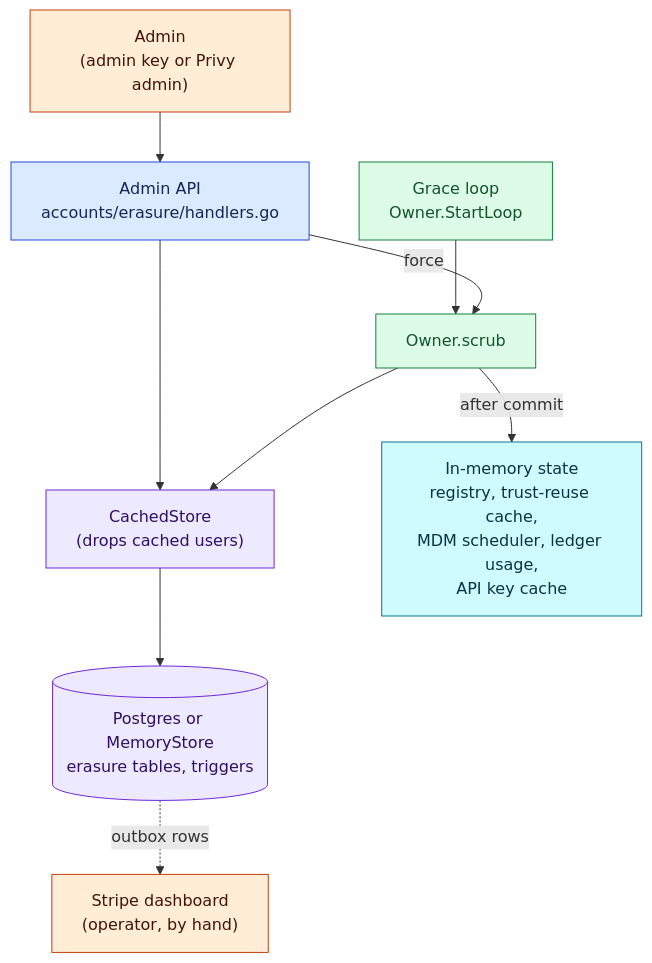
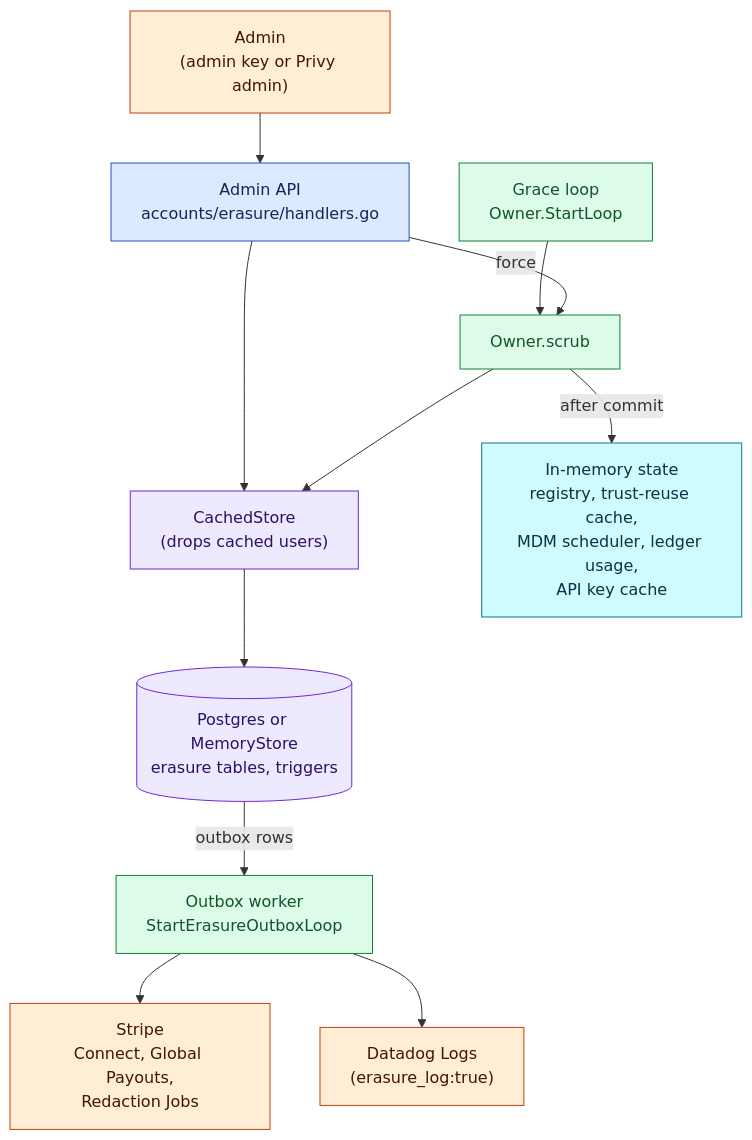
The first of 4 diagrams in docs/architecture/account-erasure.md (Layr-Labs/d-inference), drawn with Mermaid before and after one commit. The commit also changed other lines of this file and 45 other files, not shown here.

First line of the commit message:
Deliver the account erasure outbox to Stripe and Datadog (#1333)

````diff
--- a/docs/architecture/account-erasure.md
+++ b/docs/architecture/account-erasure.md
@@ -39,17 +39,19 @@
 ```mermaid
 flowchart TB
   classDef api fill:#dbeafe,stroke:#1d4ed8,color:#172554
   classDef loop fill:#dcfce7,stroke:#15803d,color:#14532d
   classDef store fill:#ede9fe,stroke:#6d28d9,color:#2e1065
   classDef mem fill:#cffafe,stroke:#0e7490,color:#083344
   classDef ext fill:#ffedd5,stroke:#c2410c,color:#431407
 
   A["Admin<br/>(admin key or Privy admin)"]:::ext --> H["Admin API<br/>accounts/erasure/handlers.go"]:::api
   L["Grace loop<br/>Owner.StartLoop"]:::loop --> X["Owner.scrub"]:::loop
   H -- "force" --> X
   H --> C["CachedStore<br/>(drops cached users)"]:::store
   X --> C
   X -- "after commit" --> M["In-memory state<br/>registry, trust-reuse cache,<br/>MDM scheduler, ledger usage,<br/>API key cache"]:::mem
   C --> DB[("Postgres or MemoryStore<br/>erasure tables, triggers")]:::store
-  DB -. "outbox rows" .-> S["Stripe dashboard<br/>(operator, by hand)"]:::ext
+  DB -- "outbox rows" --> W["Outbox worker<br/>StartErasureOutboxLoop"]:::loop
+  W --> S["Stripe<br/>Connect, Global Payouts,<br/>Redaction Jobs"]:::ext
+  W --> D["Datadog Logs<br/>(erasure_log:true)"]:::ext
 ```
````
